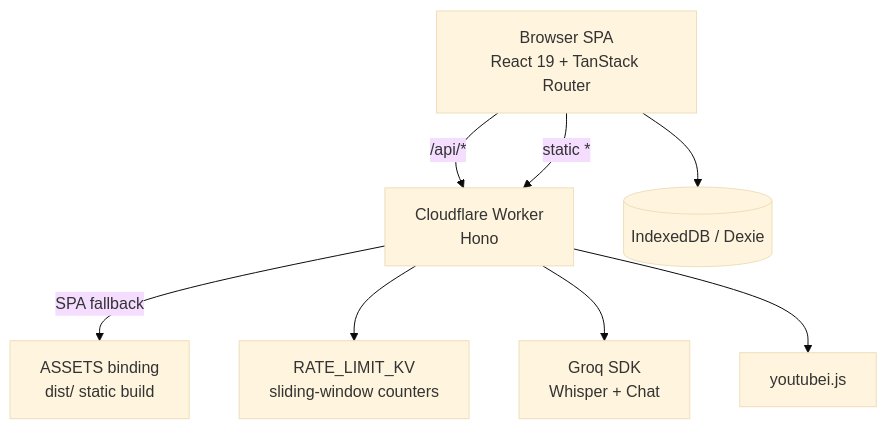
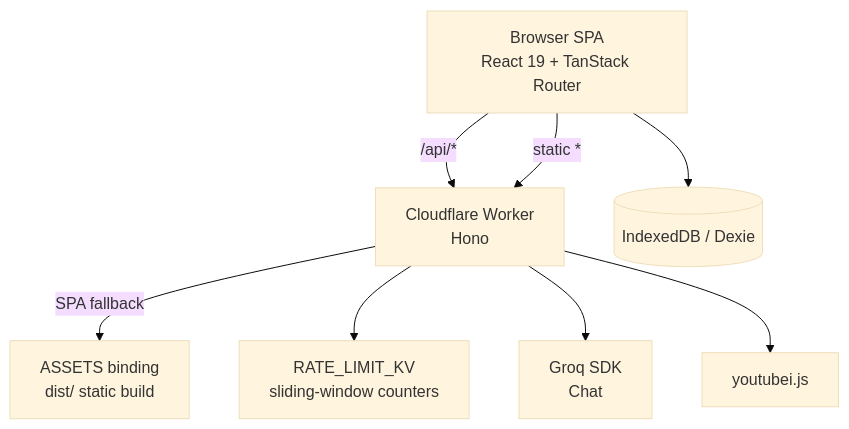
One commit to youming-ai/shadowing-learning changed the first of 2 diagrams in docs/ARCHITECTURE.md. Above: the diagram before and after it, drawn with Mermaid (base theme). The commit also changed other lines of this file and 69 other files, not shown here.

````diff
--- a/docs/ARCHITECTURE.md
+++ b/docs/ARCHITECTURE.md
@@ -13,18 +13,18 @@
 ```mermaid
 graph TB
     Browser["Browser SPA<br/>React 19 + TanStack Router"]
     Worker["Cloudflare Worker<br/>Hono"]
     Assets["ASSETS binding<br/>dist/ static build"]
     KV["RATE_LIMIT_KV<br/>sliding-window counters"]
-    Groq["Groq SDK<br/>Whisper + Chat"]
+    Groq["Groq SDK<br/>Chat"]
     YT["youtubei.js"]
     IDB[("IndexedDB / Dexie")]
 
     Browser -->|"/api/*"| Worker
     Browser -->|"static *"| Worker
     Worker -->|SPA fallback| Assets
     Worker --> KV
     Worker --> Groq
     Worker --> YT
     Browser --> IDB
 ```
````
